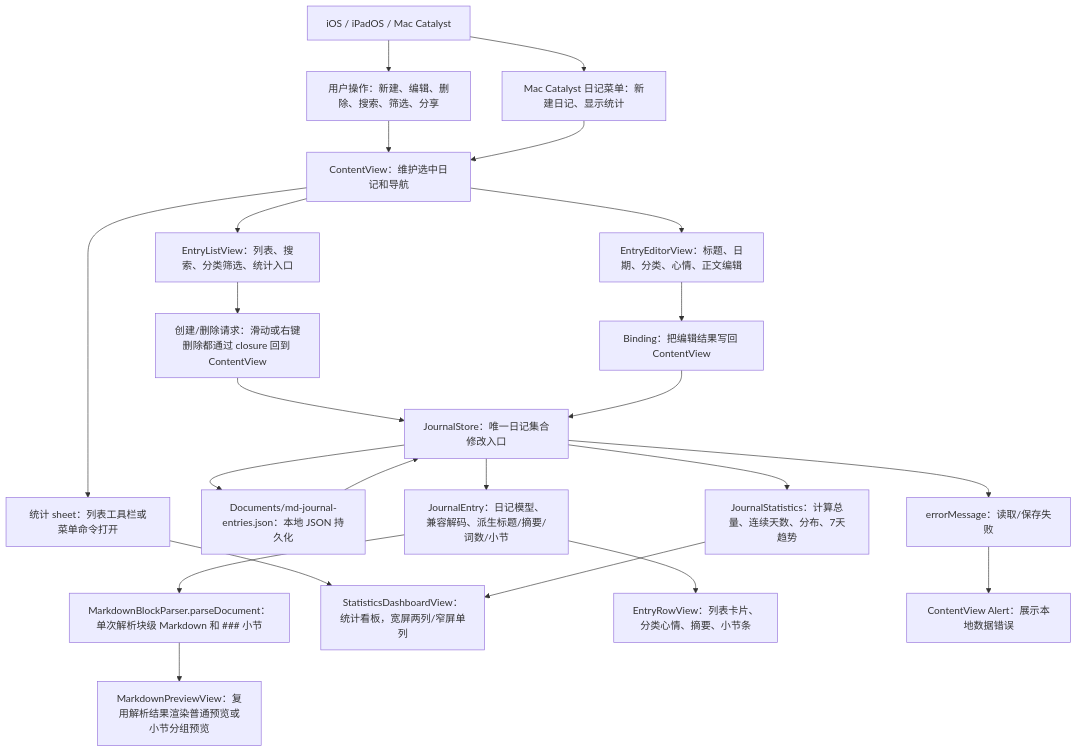
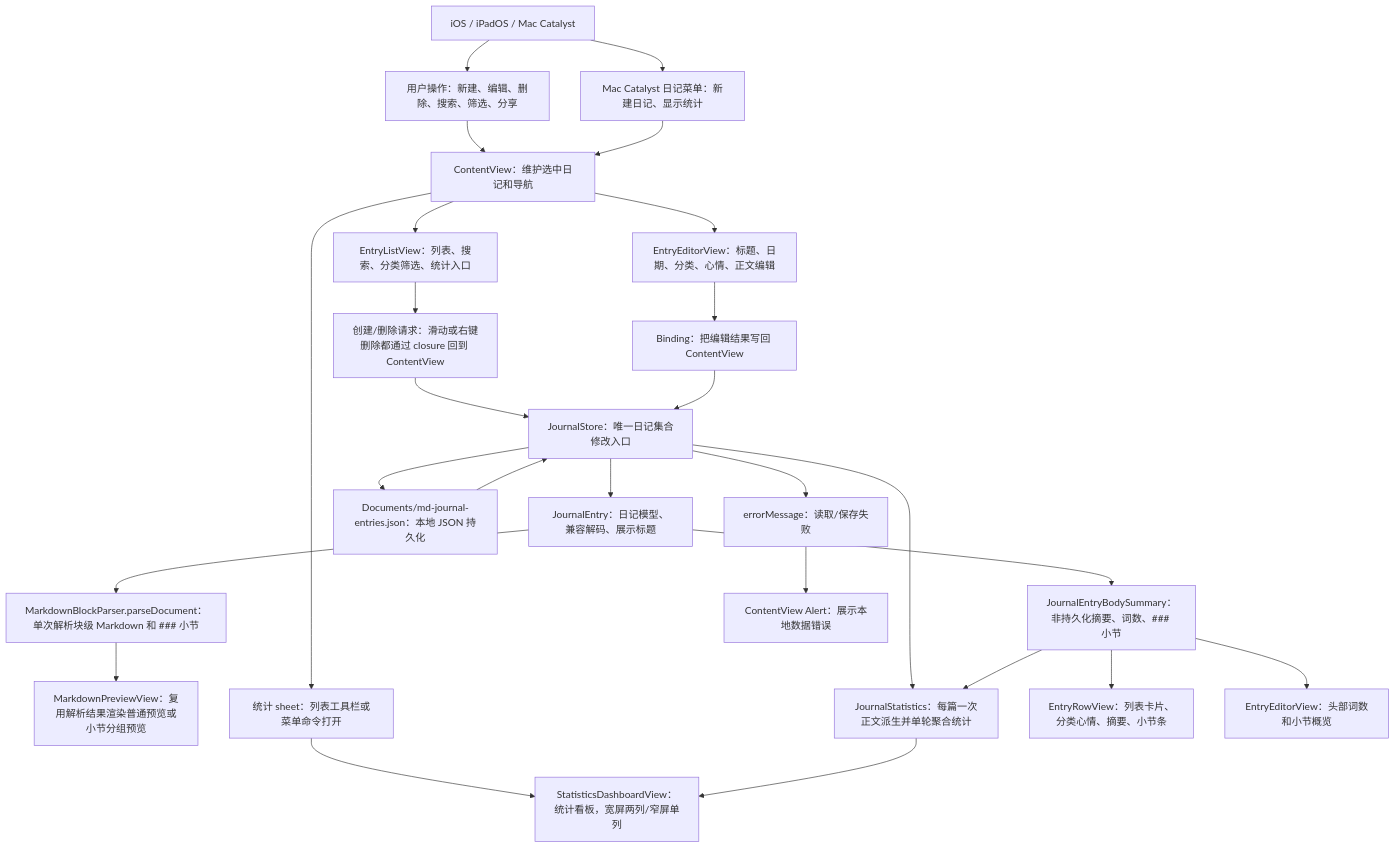
The first of 5 diagrams in md/flow/flowchart.md (Altman-sam114/117), drawn with Mermaid before and after one commit. The commit also changed other lines of this file and 14 other files, not shown here.

````diff
--- a/md/flow/flowchart.md
+++ b/md/flow/flowchart.md
@@ -9,25 +9,28 @@
 ```mermaid
 flowchart TD
   Platform["iOS / iPadOS / Mac Catalyst"] --> User["用户操作：新建、编辑、删除、搜索、筛选、分享"]
   Platform --> Menu["Mac Catalyst 日记菜单：新建日记、显示统计"]
   User --> CV["ContentView：维护选中日记和导航"]
   Menu --> CV
   CV --> List["EntryListView：列表、搜索、分类筛选、统计入口"]
   CV --> Editor["EntryEditorView：标题、日期、分类、心情、正文编辑"]
   List --> CreateDelete["创建/删除请求：滑动或右键删除都通过 closure 回到 ContentView"]
   Editor --> Binding["Binding<JournalEntry>：把编辑结果写回 ContentView"]
   CreateDelete --> Store["JournalStore：唯一日记集合修改入口"]
   Binding --> Store
-  Store --> Model["JournalEntry：日记模型、兼容解码、派生标题/摘要/词数/小节"]
+  Store --> Model["JournalEntry：日记模型、兼容解码、展示标题"]
   Store --> JSON["Documents/md-journal-entries.json：本地 JSON 持久化"]
   JSON --> Store
+  Model --> Summary["JournalEntryBodySummary：非持久化摘要、词数、### 小节"]
   Model --> Parser["MarkdownBlockParser.parseDocument：单次解析块级 Markdown 和 ### 小节"]
   Parser --> Preview["MarkdownPreviewView：复用解析结果渲染普通预览或小节分组预览"]
-  Store --> Stats["JournalStatistics：计算总量、连续天数、分布、7天趋势"]
+  Store --> Stats["JournalStatistics：每篇一次正文派生并单轮聚合统计"]
   CV --> StatsSheet["统计 sheet：列表工具栏或菜单命令打开"]
   StatsSheet --> Dashboard["StatisticsDashboardView：统计看板，宽屏两列/窄屏单列"]
   Stats --> Dashboard
-  Model --> Row["EntryRowView：列表卡片、分类心情、摘要、小节条"]
+  Summary --> Row["EntryRowView：列表卡片、分类心情、摘要、小节条"]
+  Summary --> EditorStats["EntryEditorView：头部词数和小节概览"]
+  Summary --> Stats
   Store --> Error["errorMessage：读取/保存失败"]
   Error --> Alert["ContentView Alert：展示本地数据错误"]
 ```
````
